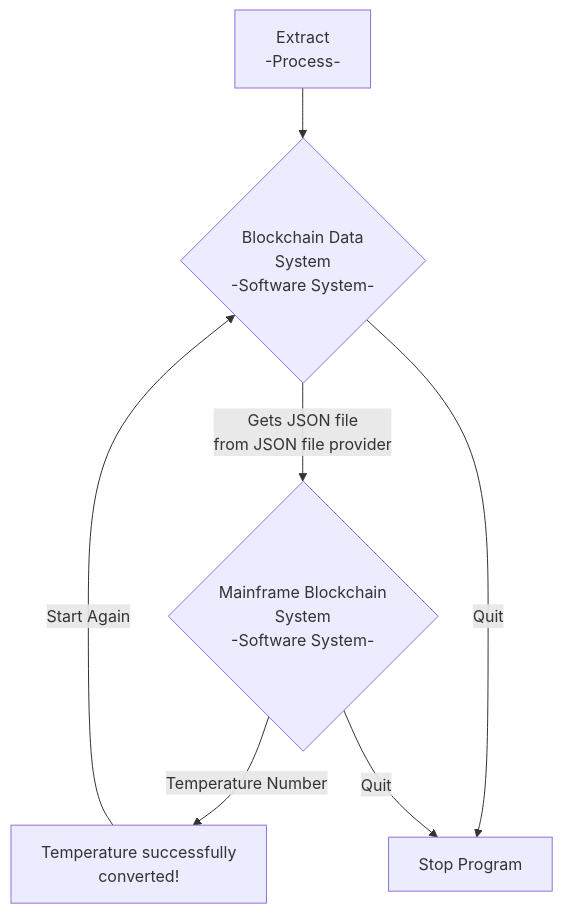
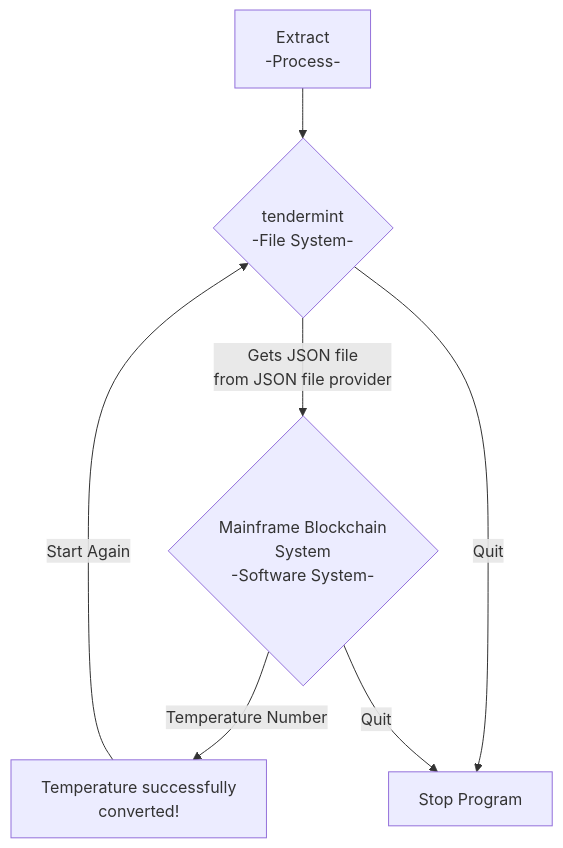
The diagram in README.md (patmcfarland/one), drawn with Mermaid before and after one commit.

````diff
--- a/README.md
+++ b/README.md
@@ -1,9 +1,9 @@
 ```mermaid
 flowchart TD
-A[Extract<br>-Process-] -->B{Blockchain Data<br>System<br>-Software System-}
+A[Extract<br>-Process-] -->B{tendermint<br>-File System-}
 B -- Gets JSON file<br>from JSON file provider --> C{Mainframe Blockchain<br>System<br>-Software System-} 
 C -- Temperature Number --> D[Temperature successfully<br>converted!] 
 D -- Start Again -->B
 B -- Quit --> E[Stop Program]
 C -- Quit --> E
 ```
````
